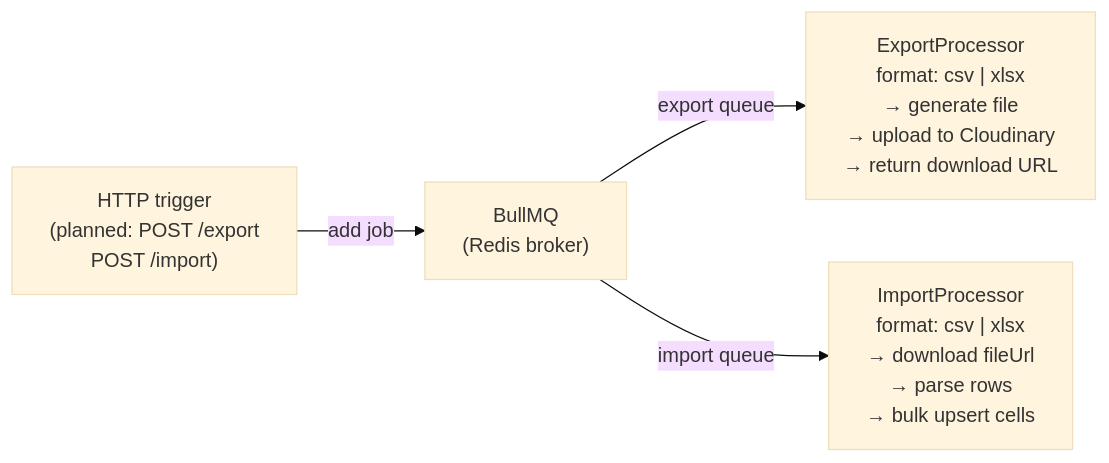
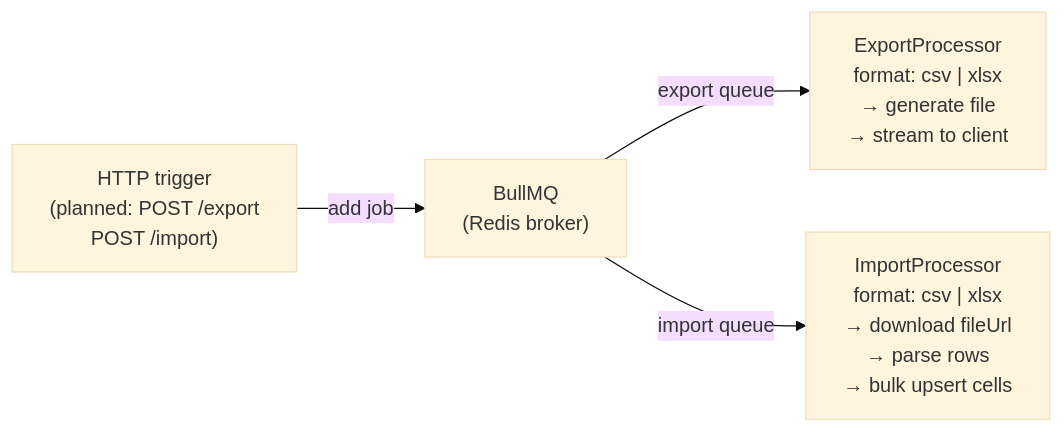
One commit to anshumanmohanty26/onsheet-backend changed the diagram in docs/jobs.md. Above: the diagram before and after it, drawn with Mermaid (base theme). The commit also changed other lines of this file and 14 other files, not shown here.

````diff
--- a/docs/jobs.md
+++ b/docs/jobs.md
@@ -9,9 +9,9 @@
 ```mermaid
 flowchart LR
     HTTP["HTTP trigger\n(planned: POST /export\nPOST /import)"]
     HTTP -->|"add job"| BullMQ["BullMQ\n(Redis broker)"]
 
-    BullMQ -->|"export queue"| EP["ExportProcessor\nformat: csv | xlsx\n→ generate file\n→ upload to Cloudinary\n→ return download URL"]
+    BullMQ -->|"export queue"| EP["ExportProcessor\nformat: csv | xlsx\n→ generate file\n→ stream to client"]
 
     BullMQ -->|"import queue"| IP["ImportProcessor\nformat: csv | xlsx\n→ download fileUrl\n→ parse rows\n→ bulk upsert cells"]
 ```
````
